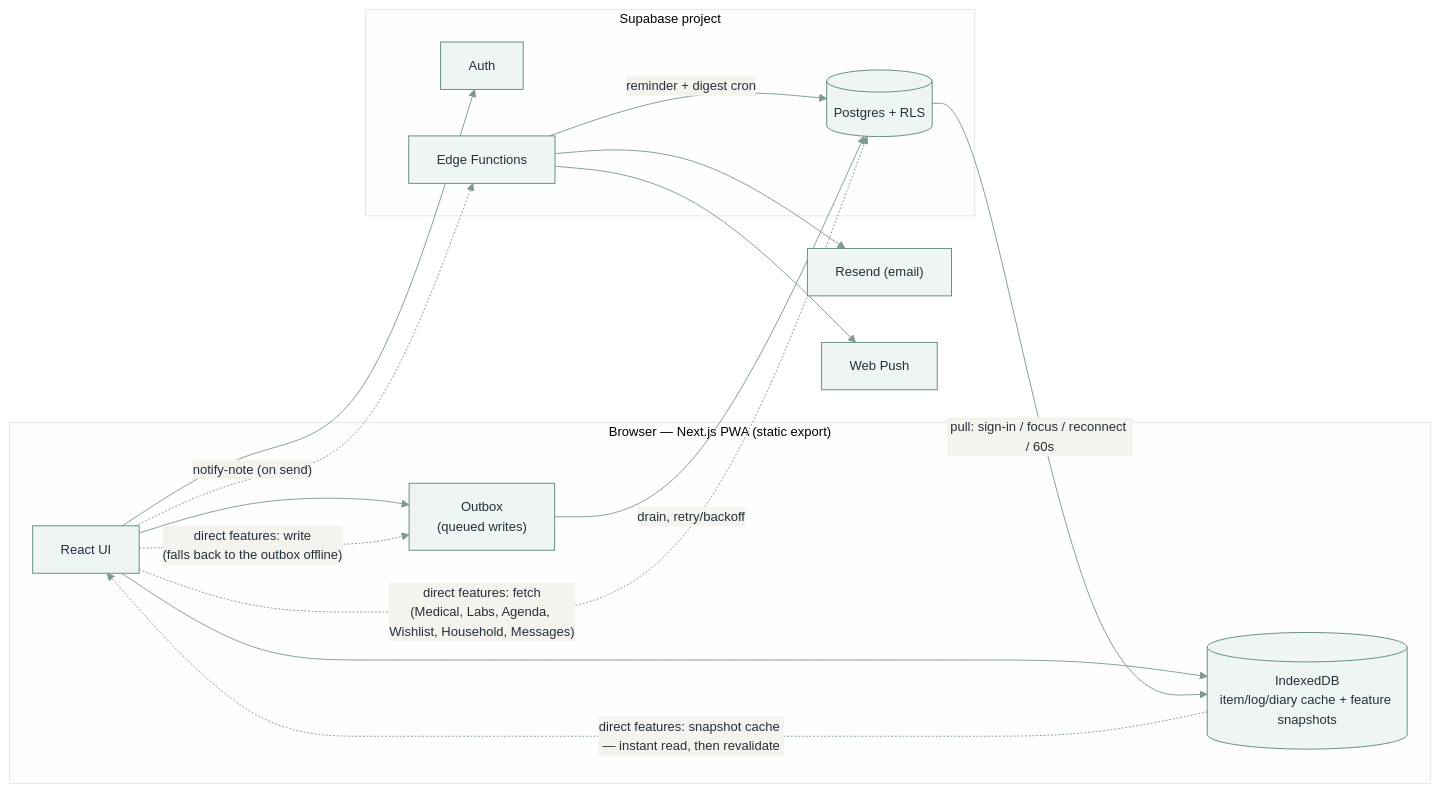
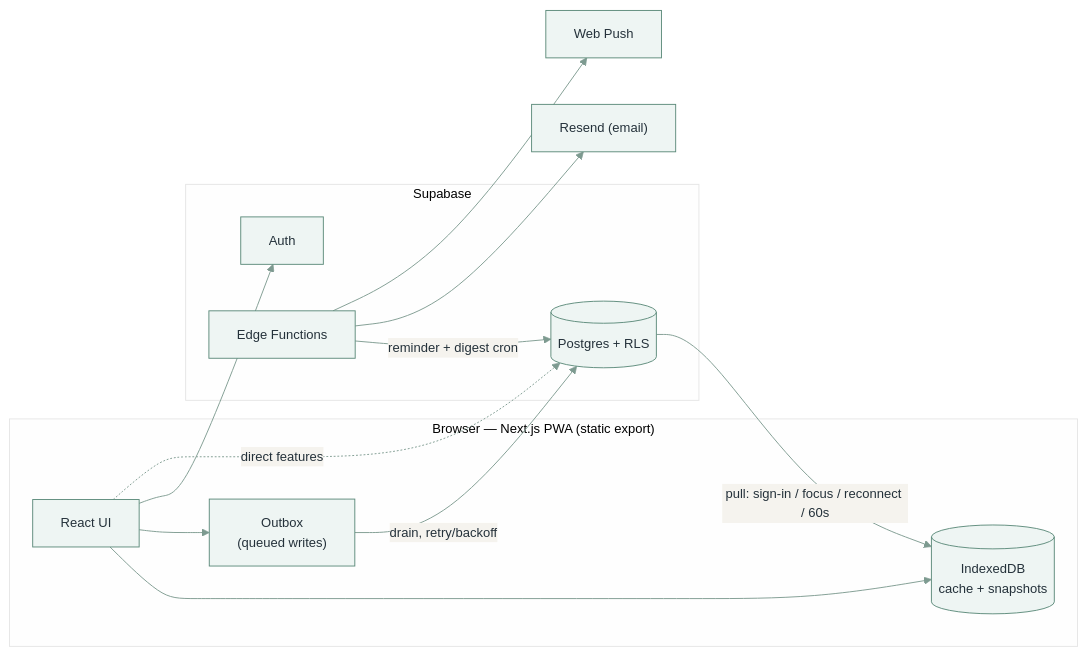
The diagram in README.md (xxvazquez/health-management), drawn with Mermaid before and after one commit. The commit also changed other lines of this file and 3 other files, not shown here.

````diff
--- a/README.md
+++ b/README.md
@@ -124,30 +173,27 @@
 ```mermaid
 %%{init: {"theme": "base", "themeVariables": {
   "primaryColor": "#eef5f3", "primaryBorderColor": "#5c8a7a",
   "primaryTextColor": "#24313a", "lineColor": "#7d9a90",
   "fontFamily": "Inter, -apple-system, sans-serif", "fontSize": "14px"
 }}}%%
 flowchart LR
     subgraph browser["Browser — Next.js PWA (static export)"]
         ui["React UI"]
-        idb[("IndexedDB<br/>item/log/diary cache + feature snapshots")]
+        idb[("IndexedDB<br/>cache + snapshots")]
         outbox["Outbox<br/>(queued writes)"]
         ui --> idb
         ui --> outbox
     end
-    subgraph supa["Supabase project"]
+    subgraph supa["Supabase"]
         pg[("Postgres + RLS")]
         auth["Auth"]
         ef["Edge Functions"]
     end
     outbox -->|"drain, retry/backoff"| pg
     pg -->|"pull: sign-in / focus / reconnect / 60s"| idb
     ui --> auth
-    ui -.->|"direct features: fetch<br/>(Medical, Labs, Agenda, Wishlist, Household, Messages)"| pg
-    ui -.->|"direct features: write<br/>(falls back to the outbox offline)"| outbox
-    idb -.->|"direct features: snapshot cache — instant read, then revalidate"| ui
-    ui -.->|"notify-note (on send)"| ef
+    ui -.->|"direct features"| pg
     ef -->|"reminder + digest cron"| pg
     ef --> resend["Resend (email)"]
     ef --> push["Web Push"]
 ```
````
